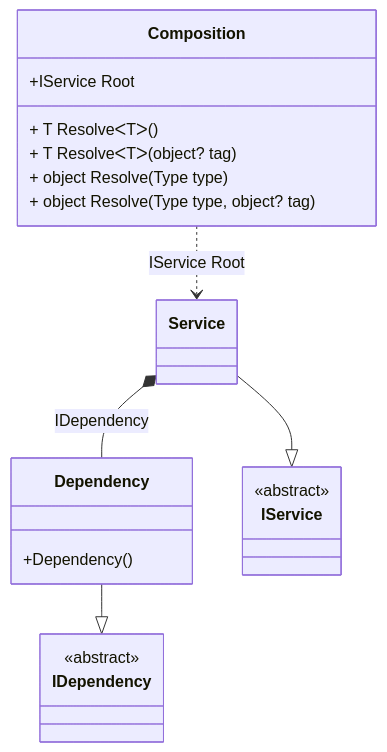
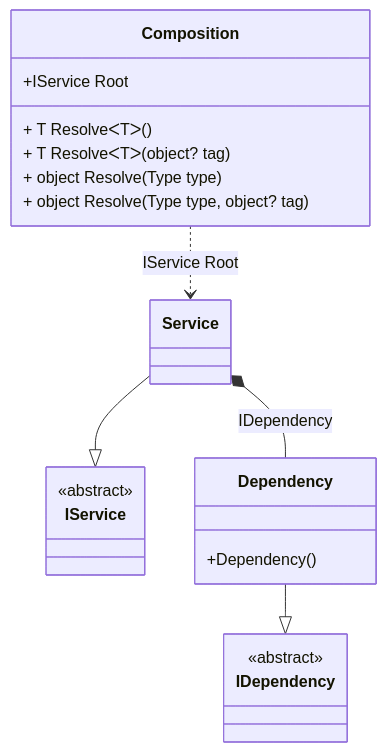
One commit to DevTeam/Pure.DI changed the diagram in readme/injection.md. Above: the diagram before and after it, drawn with Mermaid. The commit also changed other lines of this file and 58 other files, not shown here.

Commit message:
Fixes an issue where overloaded bindings can be applied in the wrong sequence

````diff
--- a/readme/injection.md
+++ b/readme/injection.md
@@ -39,24 +39,24 @@
 ```mermaid
 classDiagram
   class Composition {
     +IService Root
     + T ResolveᐸTᐳ()
     + T ResolveᐸTᐳ(object? tag)
     + object Resolve(Type type)
     + object Resolve(Type type, object? tag)
   }
+  Service --|> IService : 
+  class Service
   Dependency --|> IDependency : 
   class Dependency {
     +Dependency()
   }
-  Service --|> IService : 
-  class Service
-  class IDependency {
+  class IService {
     <<abstract>>
   }
-  class IService {
+  class IDependency {
     <<abstract>>
   }
   Service *--  Dependency : IDependency
   Composition ..> Service : IService Root
 ```
````
